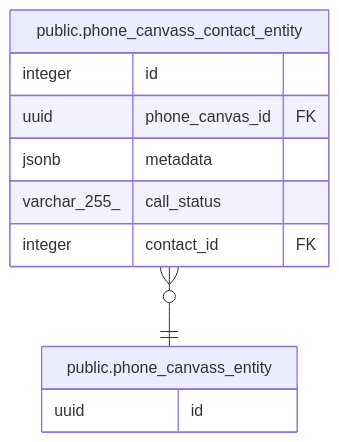
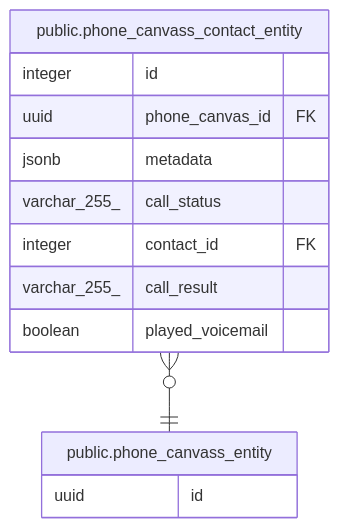
The diagram in doc/schema/public.phone_canvass_entity.md (gpo/grassroots), drawn with Mermaid before and after one commit. The commit also changed 4 other files, not shown here.

````diff
--- a/doc/schema/public.phone_canvass_entity.md
+++ b/doc/schema/public.phone_canvass_entity.md
@@ -26,16 +26,18 @@
 ```mermaid
 erDiagram
 
 "public.phone_canvass_contact_entity" }o--|| "public.phone_canvass_entity" : ""
 
 "public.phone_canvass_entity" {
   uuid id
 }
 "public.phone_canvass_contact_entity" {
   integer id
   uuid phone_canvas_id FK
   jsonb metadata
   varchar_255_ call_status
   integer contact_id FK
+  varchar_255_ call_result
+  boolean played_voicemail
 }
 ```
````
